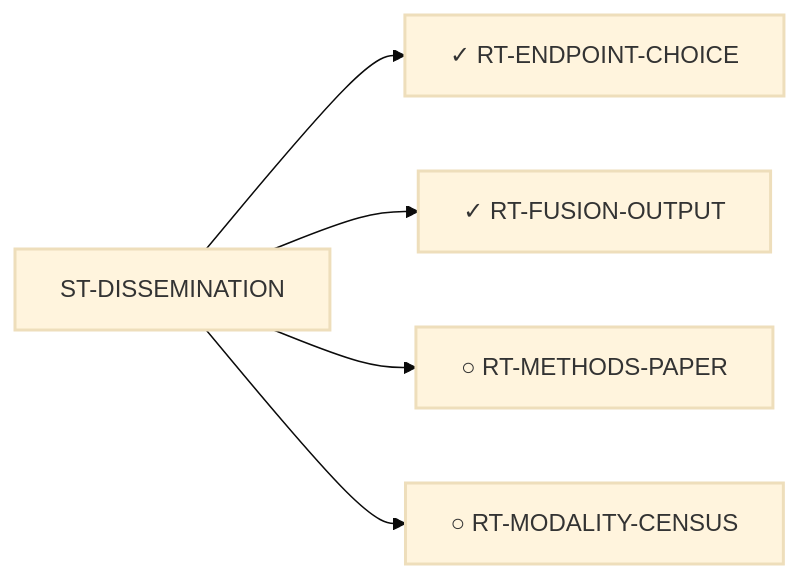
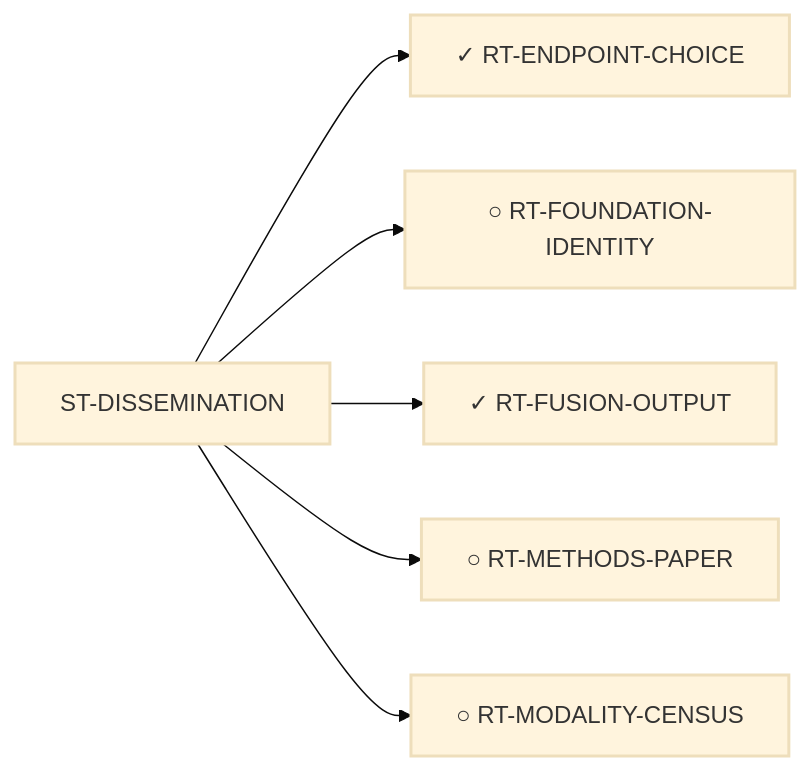
The diagram in systems/views/L1-st-dissemination.md (trimcrae/Rare-cancers), drawn with Mermaid (base theme) before and after one commit. The commit also changed other lines of this file and 18 other files, not shown here.

````diff
--- a/systems/views/L1-st-dissemination.md
+++ b/systems/views/L1-st-dissemination.md
@@ -34,17 +34,19 @@
 ```mermaid
 flowchart LR
   ST_DISSEMINATION["ST-DISSEMINATION"]:::fam
   RT_ENDPOINT_CHOICE["✓ RT-ENDPOINT-CHOICE"]:::fam
   ST_DISSEMINATION --> RT_ENDPOINT_CHOICE
+  RT_FOUNDATION_IDENTITY["○ RT-FOUNDATION-IDENTITY"]:::fam
+  ST_DISSEMINATION --> RT_FOUNDATION_IDENTITY
   RT_FUSION_OUTPUT["✓ RT-FUSION-OUTPUT"]:::fam
   ST_DISSEMINATION --> RT_FUSION_OUTPUT
   RT_METHODS_PAPER["○ RT-METHODS-PAPER"]:::fam
   ST_DISSEMINATION --> RT_METHODS_PAPER
   RT_MODALITY_CENSUS["○ RT-MODALITY-CENSUS"]:::fam
   ST_DISSEMINATION --> RT_MODALITY_CENSUS
 
   classDef fam stroke-width:2px;
   classDef blk stroke-width:2px;
   classDef perm stroke-width:4px;
   classDef tech stroke-width:1px,stroke-dasharray:4 3;
 ```
````
